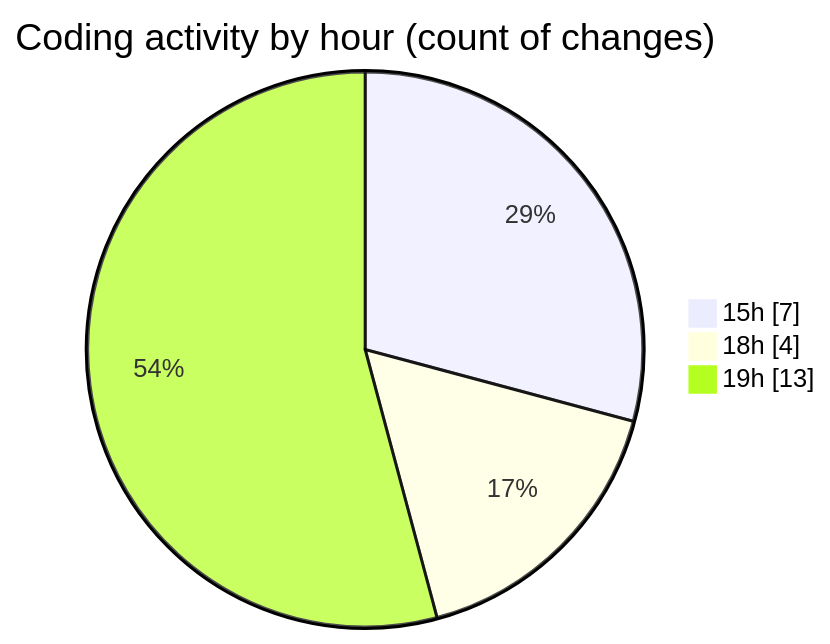
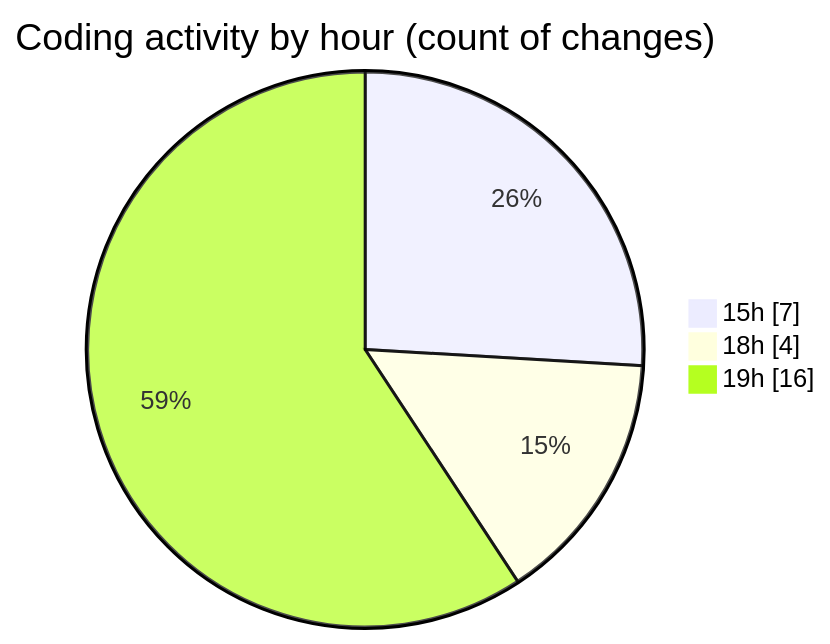
One commit to donsfak/code-tracking changed the second of 2 diagrams in 2025-02-08/maps_clone/README.md. Above: the diagram before and after it, drawn with Mermaid. The commit also changed other lines of this file and 1 other file, not shown here.

````diff
--- a/2025-02-08/maps_clone/README.md
+++ b/2025-02-08/maps_clone/README.md
@@ -30,7 +30,7 @@
 ```mermaid
 pie showData
 title Coding activity by hour (count of changes)
 "15h" : 7
 "18h" : 4
-"19h" : 13
+"19h" : 16
 ```
````
